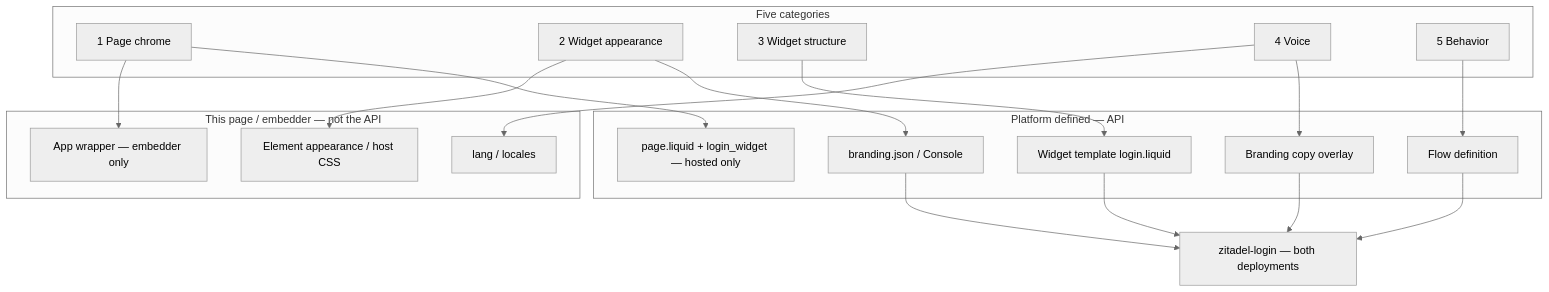
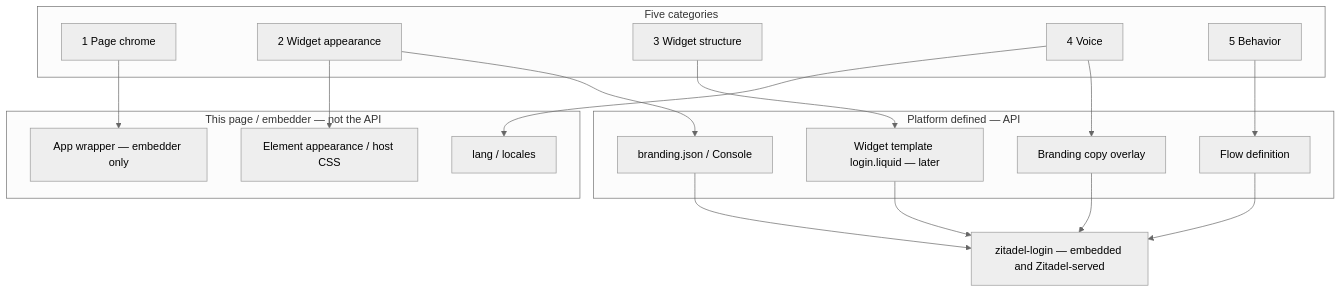
One commit to zitadel/nextgen changed the second of 4 diagrams in docs/design/branding/customization-strategy.md. Above: the diagram before and after it, drawn with Mermaid (neutral theme). The commit also changed other lines of this file and 7 other files, not shown here.

````diff
--- a/docs/design/branding/customization-strategy.md
+++ b/docs/design/branding/customization-strategy.md
@@ -120,38 +146,36 @@
 ```mermaid
 flowchart TB
   subgraph cats [Five categories]
     C1[1 Page chrome]
     C2[2 Widget appearance]
     C3[3 Widget structure]
     C4[4 Voice]
     C5[5 Behavior]
   end
 
   subgraph local [This page / embedder — not the API]
     EmbWrap[App wrapper — embedder only]
     HostCSS["Element appearance / host CSS"]
     Locales["lang / locales"]
   end
 
   subgraph api [Platform defined — API]
-    PageTpl["page.liquid + login_widget — hosted only"]
     BrandJSON["branding.json / Console"]
-    WidTpl[Widget template login.liquid]
+    WidTpl[Widget template login.liquid — later]
     Copy[Branding copy overlay]
     Flow[Flow definition]
   end
 
   C1 --> EmbWrap
-  C1 --> PageTpl
   C2 --> HostCSS
   C2 --> BrandJSON
   C3 --> WidTpl
   C4 --> Locales
   C4 --> Copy
   C5 --> Flow
 
-  BrandJSON --> Both1[zitadel-login — both deployments]
-  WidTpl --> Both1
-  Copy --> Both1
-  Flow --> Both1
+  BrandJSON --> Shared[zitadel-login — embedded and Zitadel-served]
+  WidTpl --> Shared
+  Copy --> Shared
+  Flow --> Shared
 ```
````
